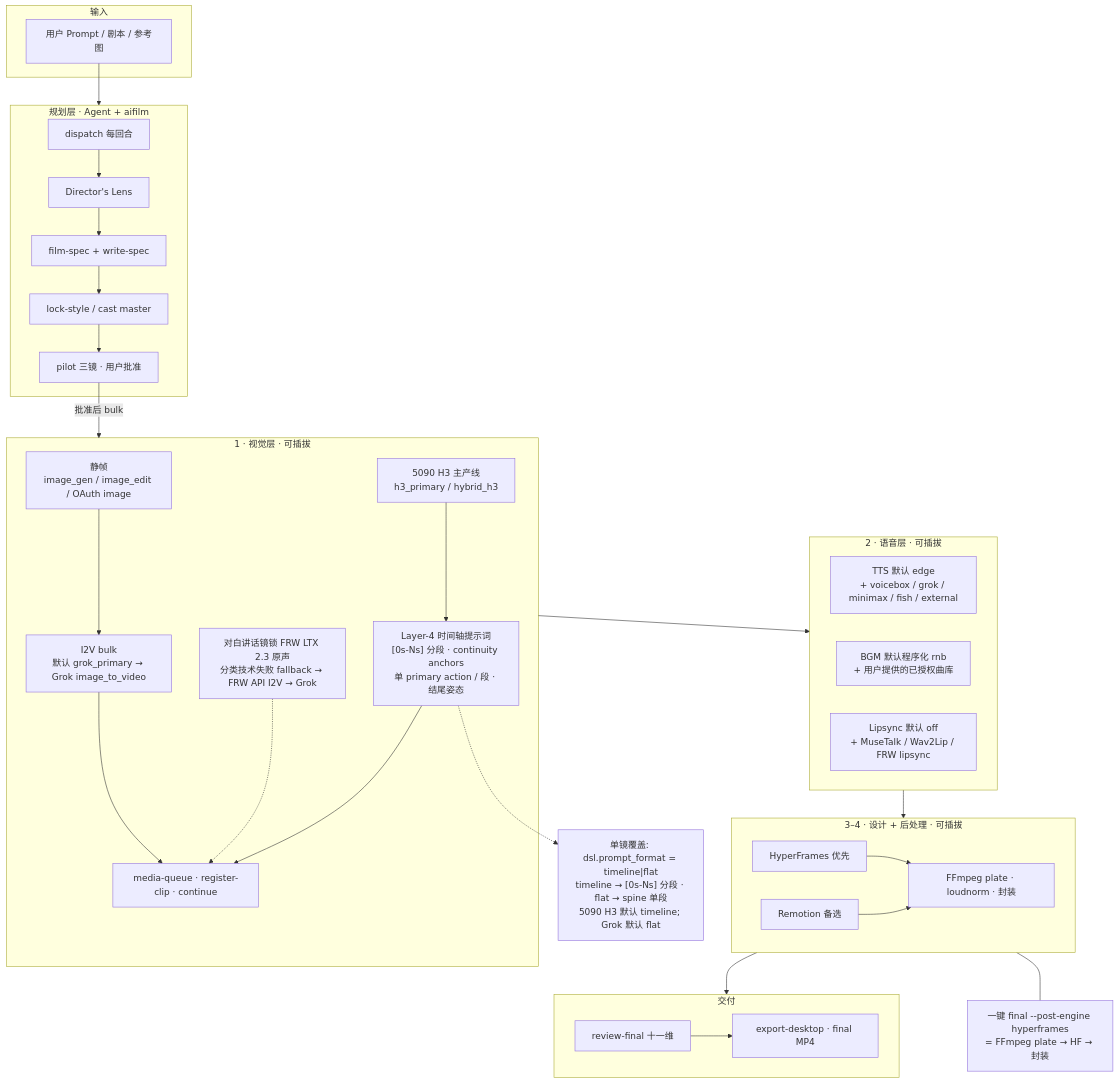
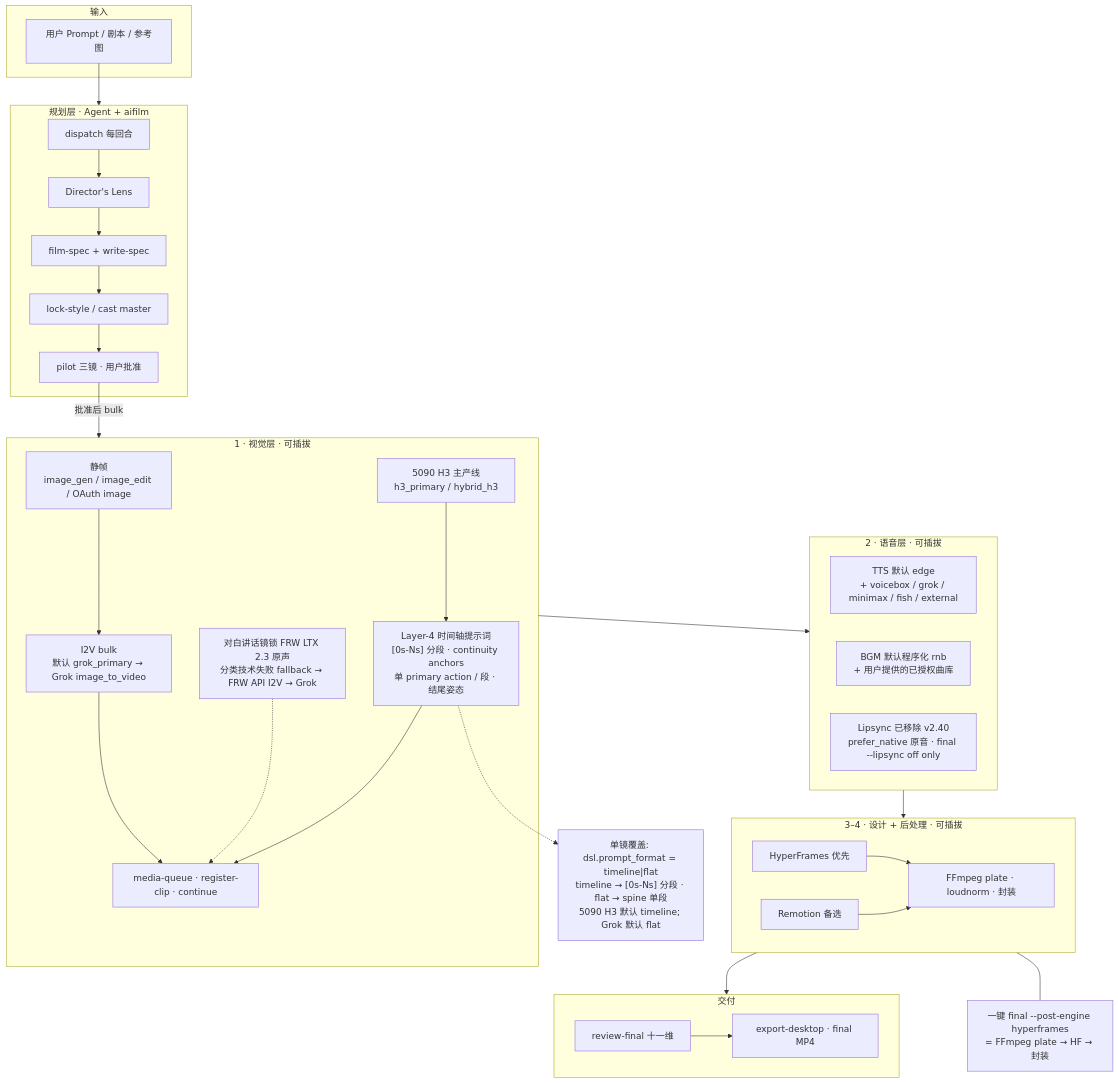
One commit to sooneocean/ai-film-grok changed the diagram in README.md. Above: the diagram before and after it, drawn with Mermaid. The commit also changed other lines of this file and 16 other files, not shown here.

````diff
--- a/README.md
+++ b/README.md
@@ -202,59 +202,59 @@
 ```mermaid
 flowchart TB
   subgraph IN["输入"]
     P["用户 Prompt / 剧本 / 参考图"]
   end
 
   subgraph AGENT["规划层 · Agent + aifilm"]
     D["dispatch 每回合"]
     L["Director's Lens"]
     S["film-spec + write-spec"]
     STY["lock-style / cast master"]
     PI["pilot 三镜 · 用户批准"]
     D --> L --> S --> STY --> PI
   end
 
   subgraph VIS["1 · 视觉层 · 可插拔"]
     STILL["静帧<br/>image_gen / image_edit / OAuth image"]
     I2V["I2V bulk<br/>默认 grok_primary → Grok image_to_video"]
     FRW["对白讲话镜锁 FRW LTX 2.3 原声<br/>分类技术失败 fallback → FRW API I2V → Grok"]
     H3["5090 H3 主产线<br/>h3_primary / hybrid_h3"]
     H3L4["Layer-4 时间轴提示词<br/>[0s-Ns] 分段 · continuity anchors<br/>单 primary action / 段 · 结尾姿态"]
     Q["media-queue · register-clip · continue"]
     STILL --> I2V --> Q
     FRW -.-> Q
     H3 --> H3L4 --> Q
   end
 
   subgraph VOI["2 · 语音层 · 可插拔"]
     TTS["TTS 默认 edge<br/>+ voicebox / grok / minimax / fish / external"]
     BGM["BGM 默认程序化 rnb<br/>+ 用户提供的已授权曲库"]
-    LIP["Lipsync 默认 off<br/>+ MuseTalk / Wav2Lip / FRW lipsync"]
+    LIP["Lipsync 已移除 v2.40<br/>prefer_native 原音 · final --lipsync off only"]
   end
 
   subgraph POST["3–4 · 设计 + 后处理 · 可插拔"]
     HF["HyperFrames 优先"]
     REM["Remotion 备选"]
     FF["FFmpeg plate · loudnorm · 封装"]
     HF --> FF
     REM --> FF
   end
 
   subgraph OUT["交付"]
     RV["review-final 十一维"]
     EX["export-desktop · final MP4"]
     RV --> EX
   end
 
   P --> AGENT
   PI -->|批准后 bulk| VIS
   VIS --> VOI
   VOI --> POST
   POST --> OUT
 
   note1["一键 final --post-engine hyperframes<br/>= FFmpeg plate → HF → 封装"]
   POST --- note1
 
   note2["单镜覆盖: dsl.prompt_format = timeline|flat<br/>timeline → [0s-Ns] 分段 · flat → spine 单段<br/>5090 H3 默认 timeline; Grok 默认 flat"]
   H3L4 -.-> note2
 ```
````
